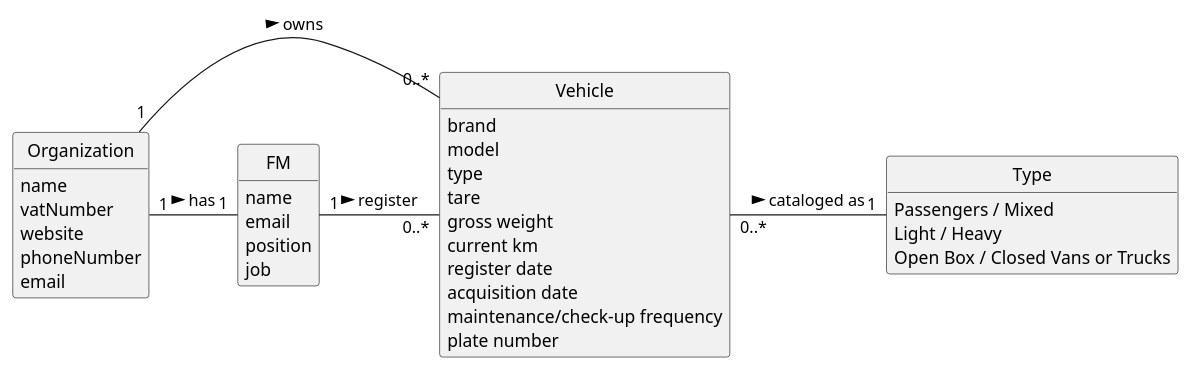
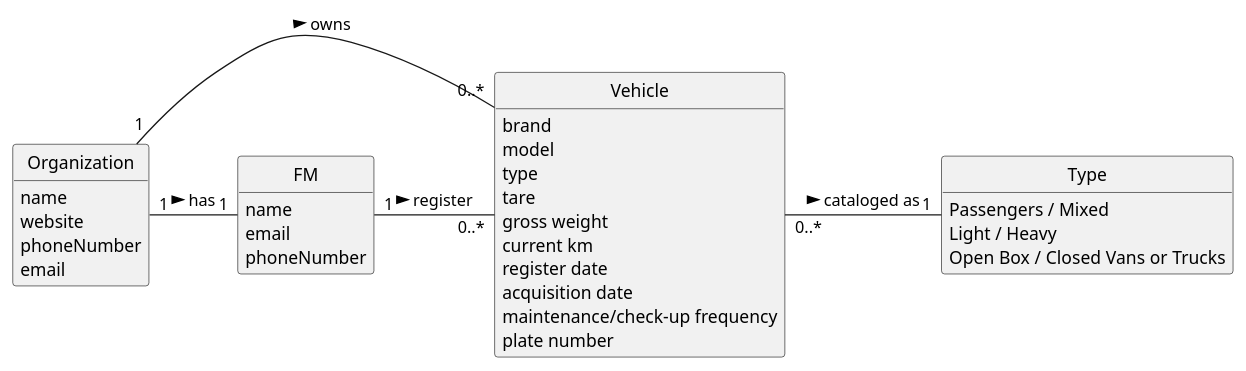
One commit to daniel41silva05/ISEP_2023_2024_LAPR2 changed the diagram in docs/sprintA/us006/02.analysis/puml/us006-domain-model.puml. Above: the diagram before and after it, drawn with PlantUML. The commit also changed 2 other files, not shown here.

```diff
--- a/docs/sprintA/us006/02.analysis/puml/us006-domain-model.puml
+++ b/docs/sprintA/us006/02.analysis/puml/us006-domain-model.puml
@@ -1,52 +1,50 @@
 @startuml
 skinparam monochrome true
 skinparam packageStyle rectangle
 skinparam shadowing false
 
 'left to right direction
 
 skinparam classAttributeIconSize 0
 
 hide circle
 hide methods
 
 class Organization {
     name
-    vatNumber
     website
     phoneNumber
     email
 }
 
 class Vehicle {
     brand
     model
     type
     tare
     gross weight
     current km
     register date
     acquisition date
     maintenance/check-up frequency
     plate number
 }
 
 class FM {
     name
     email
-    position
-    job
+    phoneNumber
 }
 
 class Type {
     Passengers / Mixed
     Light / Heavy
     Open Box / Closed Vans or Trucks
 }
 
 Organization "1" - "1" FM : has >
 Organization "1" - "0..*" Vehicle : owns >
 FM "1" - "0..*" Vehicle : register >
 Vehicle "0..*" - "1" Type : cataloged as >
 
 @enduml
```
